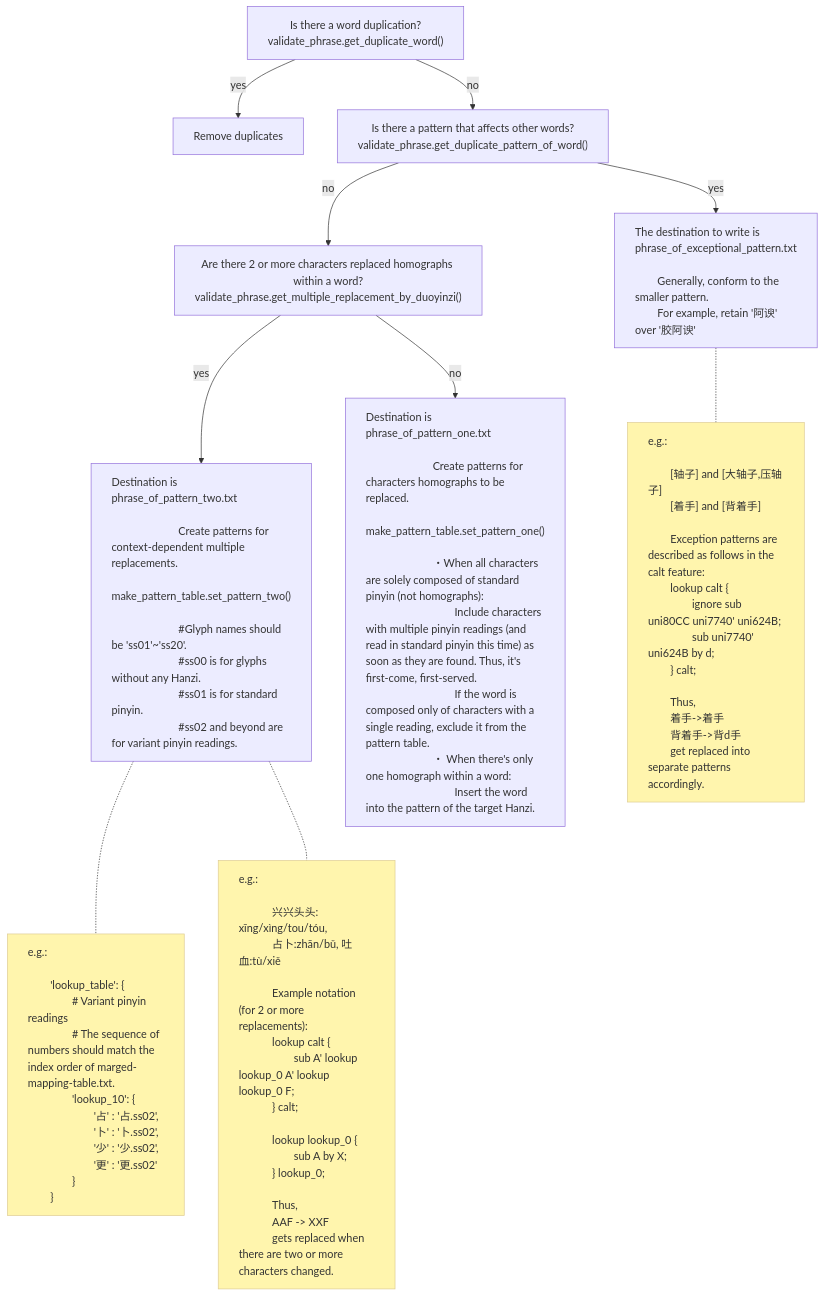
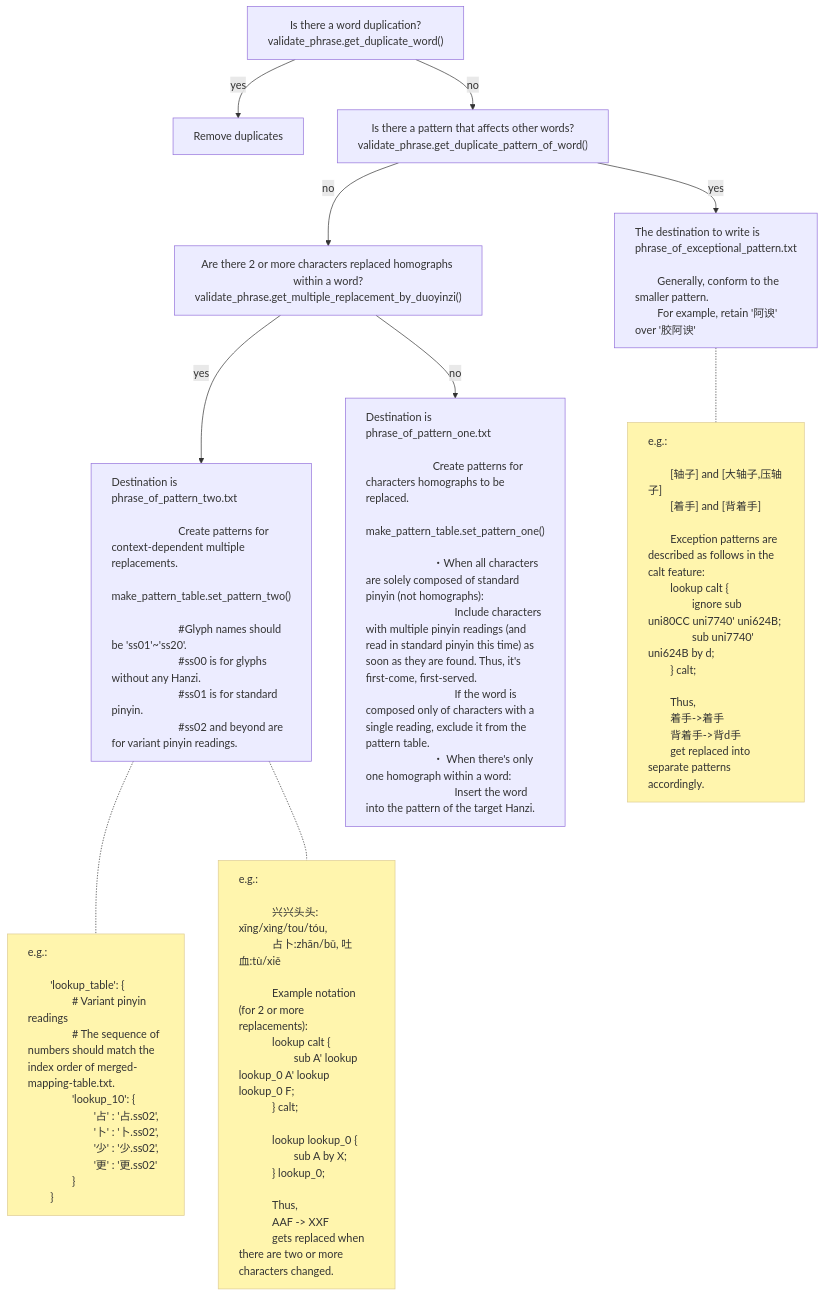
One commit to MaruTama/Mengshen-pinyin-font changed the diagram in res/phonics/duo_yin_zi/README_EN.md. Above: the diagram before and after it, drawn with Mermaid. The commit also changed 14 other files, not shown here.

```diff
--- a/res/phonics/duo_yin_zi/README_EN.md
+++ b/res/phonics/duo_yin_zi/README_EN.md
@@ -98,7 +98,7 @@
 
         'lookup_table': {
         　　# Variant pinyin readings
-        　　# The sequence of numbers should match the index order of marged-mapping-table.txt.
+        　　# The sequence of numbers should match the index order of merged-mapping-table.txt.
         　　'lookup_10': {
         　　　　'占' : '占.ss02',
         　　　　'卜' : '卜.ss02',
```
